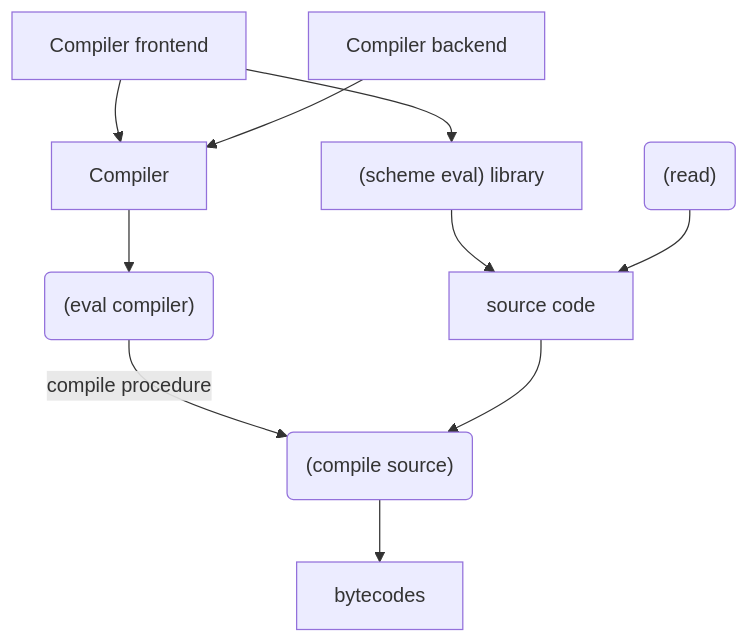
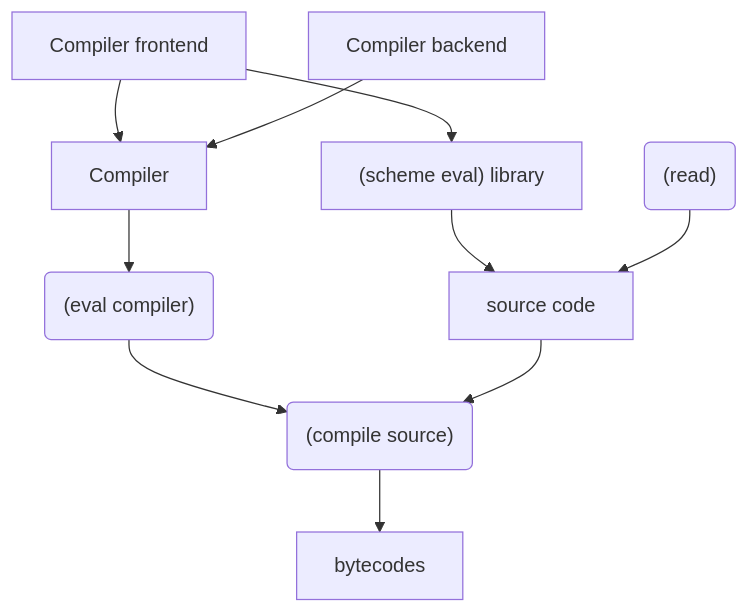
The first of 2 diagrams in posts/stak/inception.md (raviqqe/doc), drawn with Mermaid before and after one commit.

````diff
--- a/posts/stak/inception.md
+++ b/posts/stak/inception.md
@@ -132,13 +132,13 @@
 ```mermaid
 graph TD
   A[Compiler frontend] --> C
   A --> D
   B[Compiler backend] --> C
   C[Compiler] --> E
   D["(scheme eval) library"] --> T
-  E("(eval compiler)") -->|compile procedure| F
+  E("(eval compiler)") --> F
   F("(compile source)") --> G
   G[bytecodes]
   S("(read)") --> T
   T[source code] --> F
 ```
````
